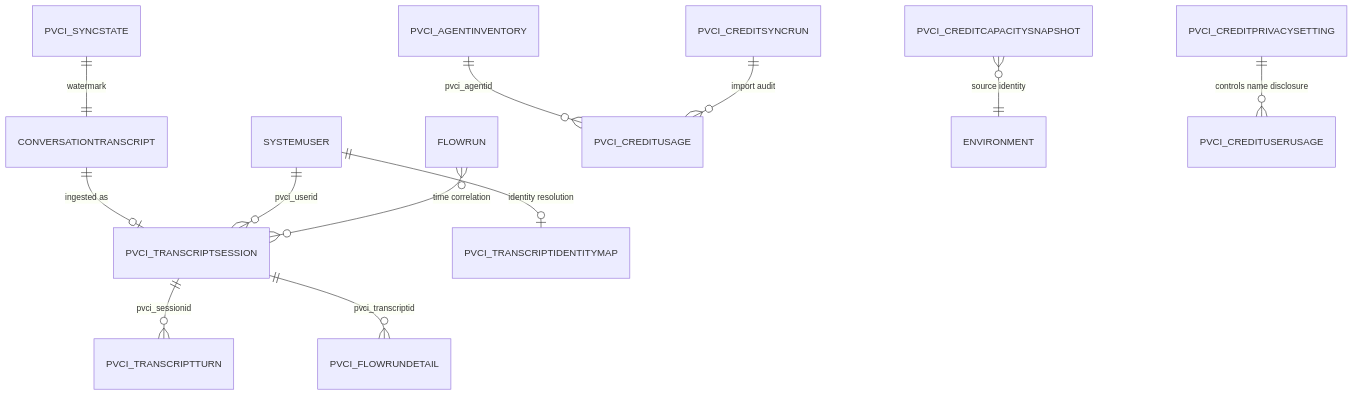
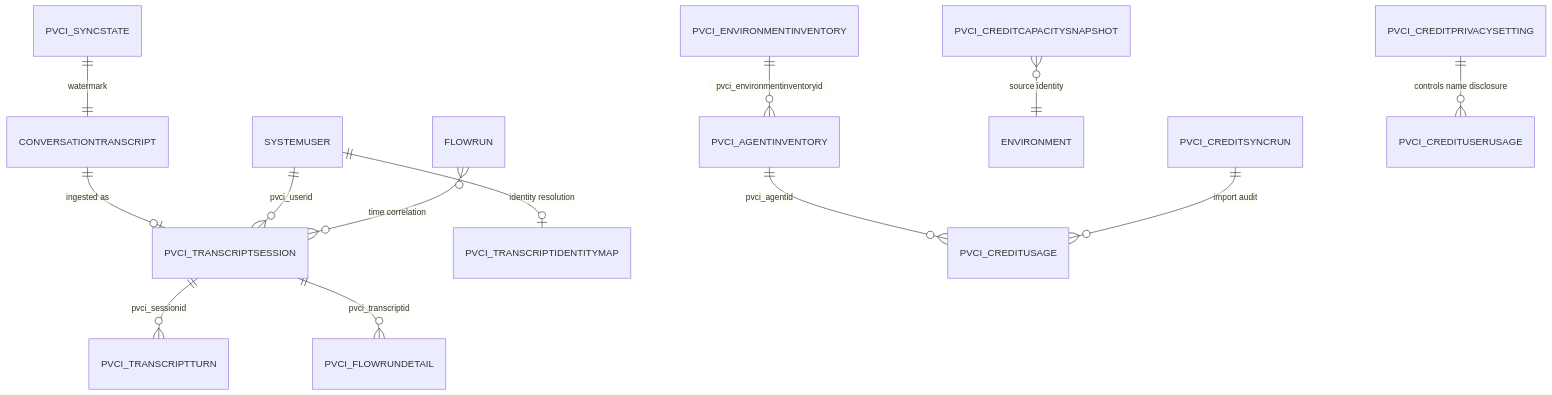
The diagram in docs/data-model.md (pavecer/mcs-transcript-analyzer), drawn with Mermaid before and after one commit. The commit also changed other lines of this file and 72 other files, not shown here.

````diff
--- a/docs/data-model.md
+++ b/docs/data-model.md
@@ -10,14 +11,15 @@
 ```mermaid
 erDiagram
     CONVERSATIONTRANSCRIPT ||--o| PVCI_TRANSCRIPTSESSION : "ingested as"
     SYSTEMUSER ||--o{ PVCI_TRANSCRIPTSESSION : "pvci_userid"
     PVCI_TRANSCRIPTSESSION ||--o{ PVCI_TRANSCRIPTTURN : "pvci_sessionid"
     SYSTEMUSER ||--o| PVCI_TRANSCRIPTIDENTITYMAP : "identity resolution"
     FLOWRUN }o--o{ PVCI_TRANSCRIPTSESSION : "time correlation"
     PVCI_TRANSCRIPTSESSION ||--o{ PVCI_FLOWRUNDETAIL : "pvci_transcriptid"
     PVCI_SYNCSTATE ||--|| CONVERSATIONTRANSCRIPT : "watermark"
+    PVCI_ENVIRONMENTINVENTORY ||--o{ PVCI_AGENTINVENTORY : "pvci_environmentinventoryid"
     PVCI_AGENTINVENTORY ||--o{ PVCI_CREDITUSAGE : "pvci_agentid"
     PVCI_CREDITCAPACITYSNAPSHOT }o--|| ENVIRONMENT : "source identity"
     PVCI_CREDITSYNCRUN ||--o{ PVCI_CREDITUSAGE : "import audit"
     PVCI_CREDITPRIVACYSETTING ||--o{ PVCI_CREDITUSERUSAGE : "controls name disclosure"
 ```
````
